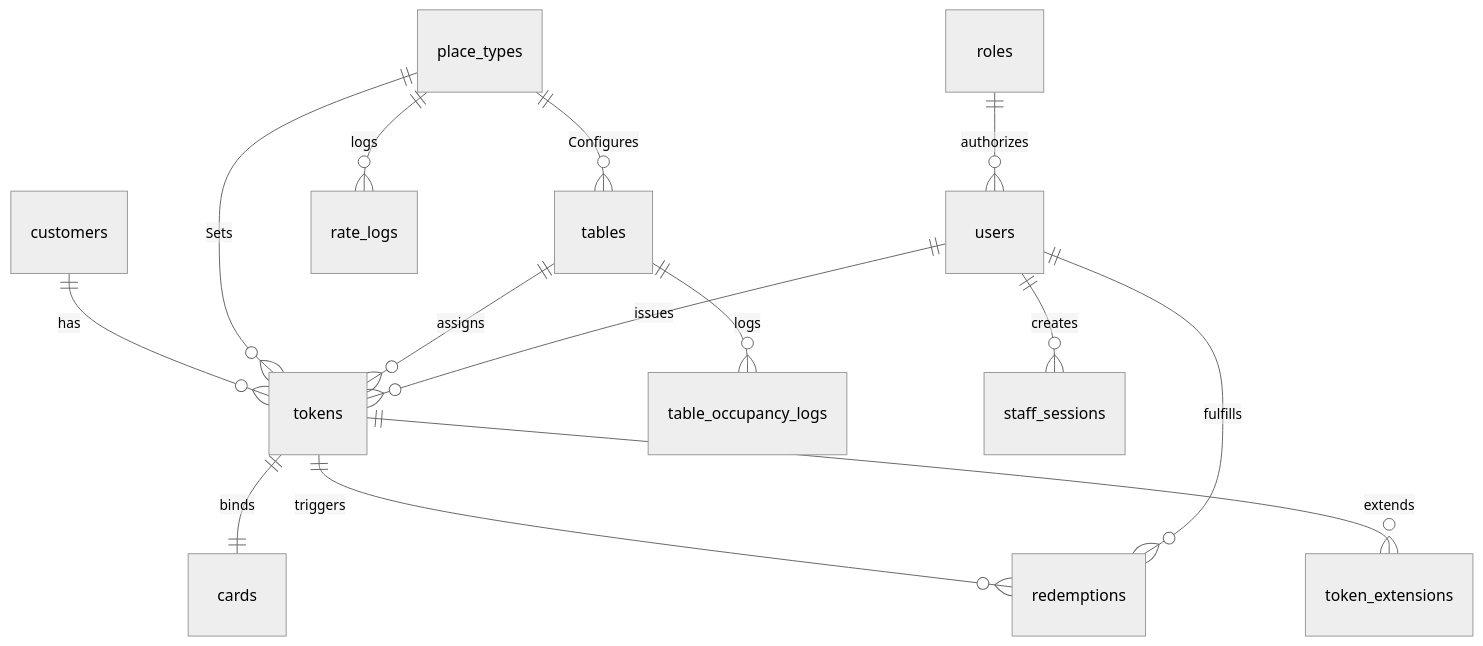
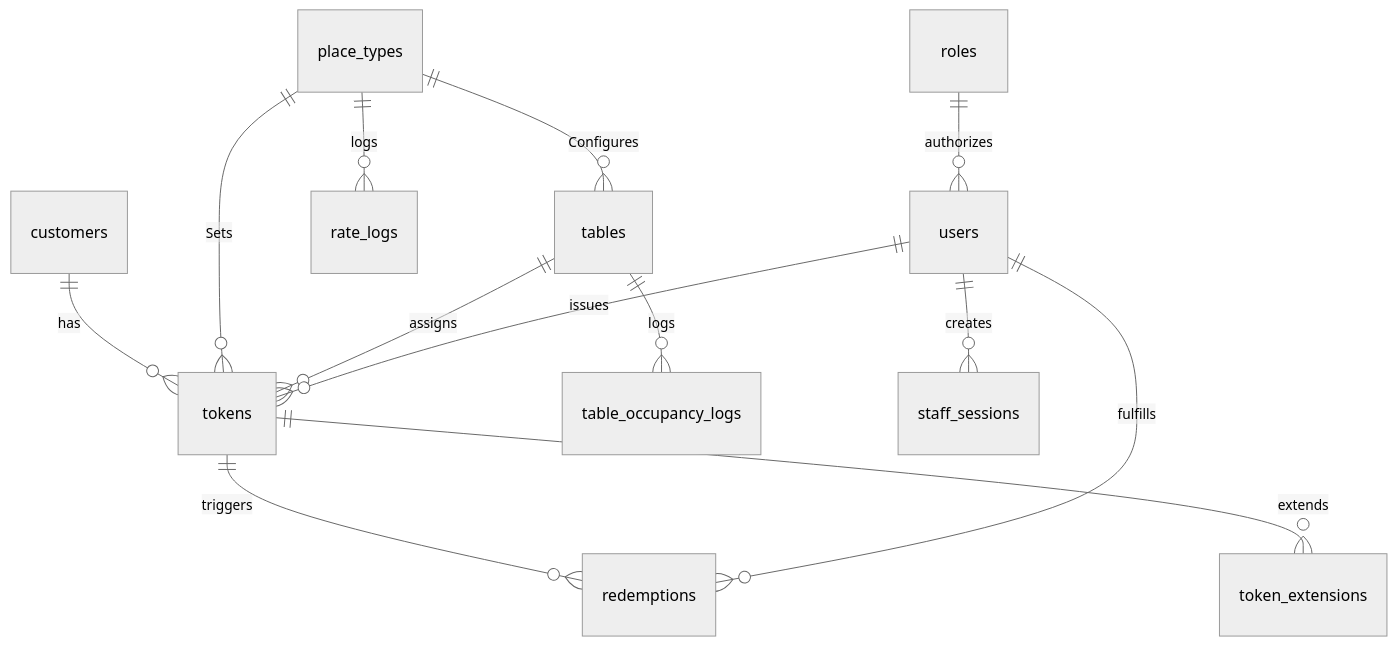
One commit to divyanscloudshiftsolutions/F-B-Registration changed the sixth of 8 diagrams in End_to_End_Technical_Documentation.md. Above: the diagram before and after it, drawn with Mermaid (neutral theme). The commit also changed other lines of this file and 70 other files, not shown here.

````diff
--- a/End_to_End_Technical_Documentation.md
+++ b/End_to_End_Technical_Documentation.md
@@ -307,16 +281,15 @@
 ```mermaid
 erDiagram
     customers ||--o{ tokens : has
     place_types ||--o{ tables : Configures
     place_types ||--o{ tokens : Sets
     place_types ||--o{ rate_logs : logs
     tables ||--o{ tokens : assigns
     tables ||--o{ table_occupancy_logs : logs
-    tokens ||--|| cards : binds
     tokens ||--o{ redemptions : triggers
     tokens ||--o{ token_extensions : extends
     users ||--o{ tokens : issues
     users ||--o{ redemptions : fulfills
     users ||--o{ staff_sessions : creates
     roles ||--o{ users : authorizes
 ```
````
